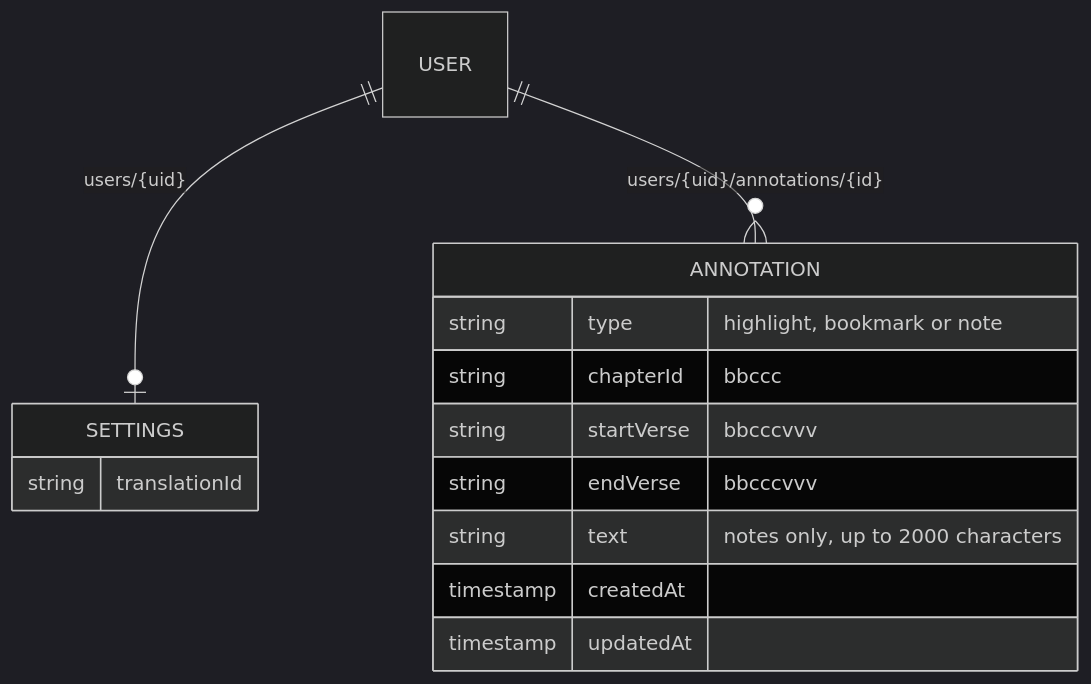
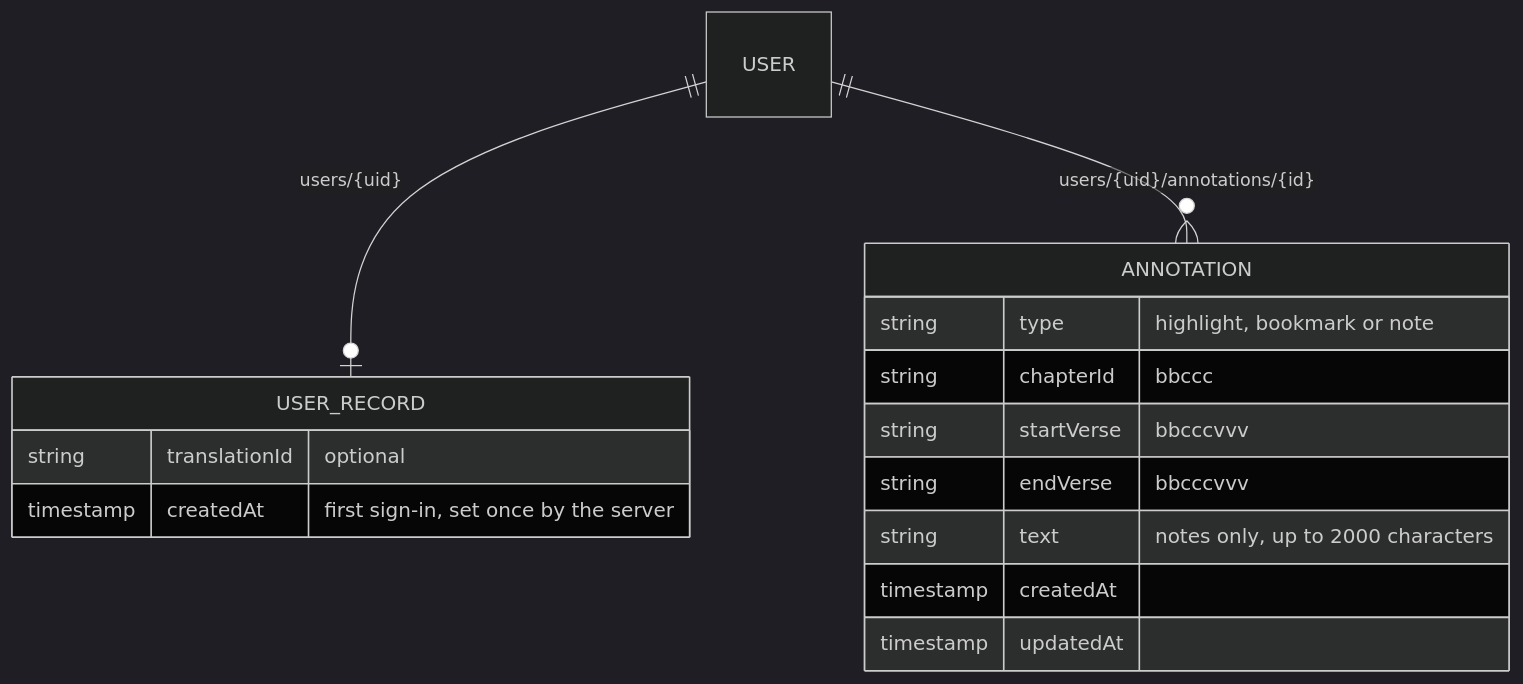
The fourth of 21 diagrams in ARCHITECTURE.md (Valiance-Studios/bible-center), drawn with Mermaid (dark theme) before and after one commit. The commit also changed other lines of this file and 19 other files, not shown here.

````diff
--- a/ARCHITECTURE.md
+++ b/ARCHITECTURE.md
@@ -279,17 +286,18 @@
 ```mermaid
 erDiagram
-  USER ||--o| SETTINGS : "users/{uid}"
+  USER ||--o| USER_RECORD : "users/{uid}"
   USER ||--o{ ANNOTATION : "users/{uid}/annotations/{id}"
-  SETTINGS {
-    string translationId
+  USER_RECORD {
+    string translationId "optional"
+    timestamp createdAt "first sign-in, set once by the server"
   }
   ANNOTATION {
     string type "highlight, bookmark or note"
     string chapterId "bbccc"
     string startVerse "bbcccvvv"
     string endVerse "bbcccvvv"
     string text "notes only, up to 2000 characters"
     timestamp createdAt
     timestamp updatedAt
   }
 ```
````
